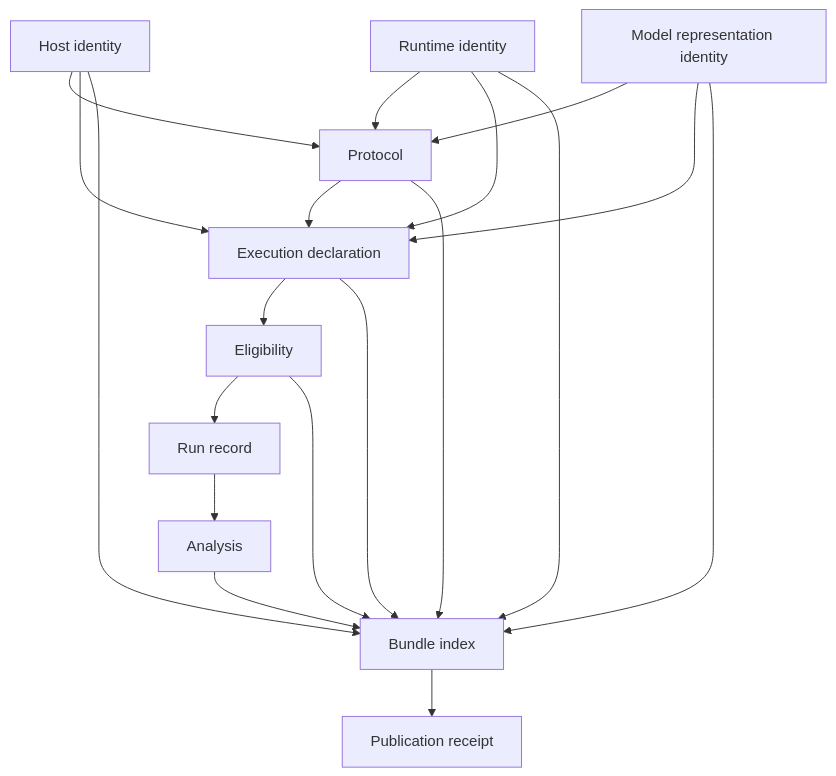
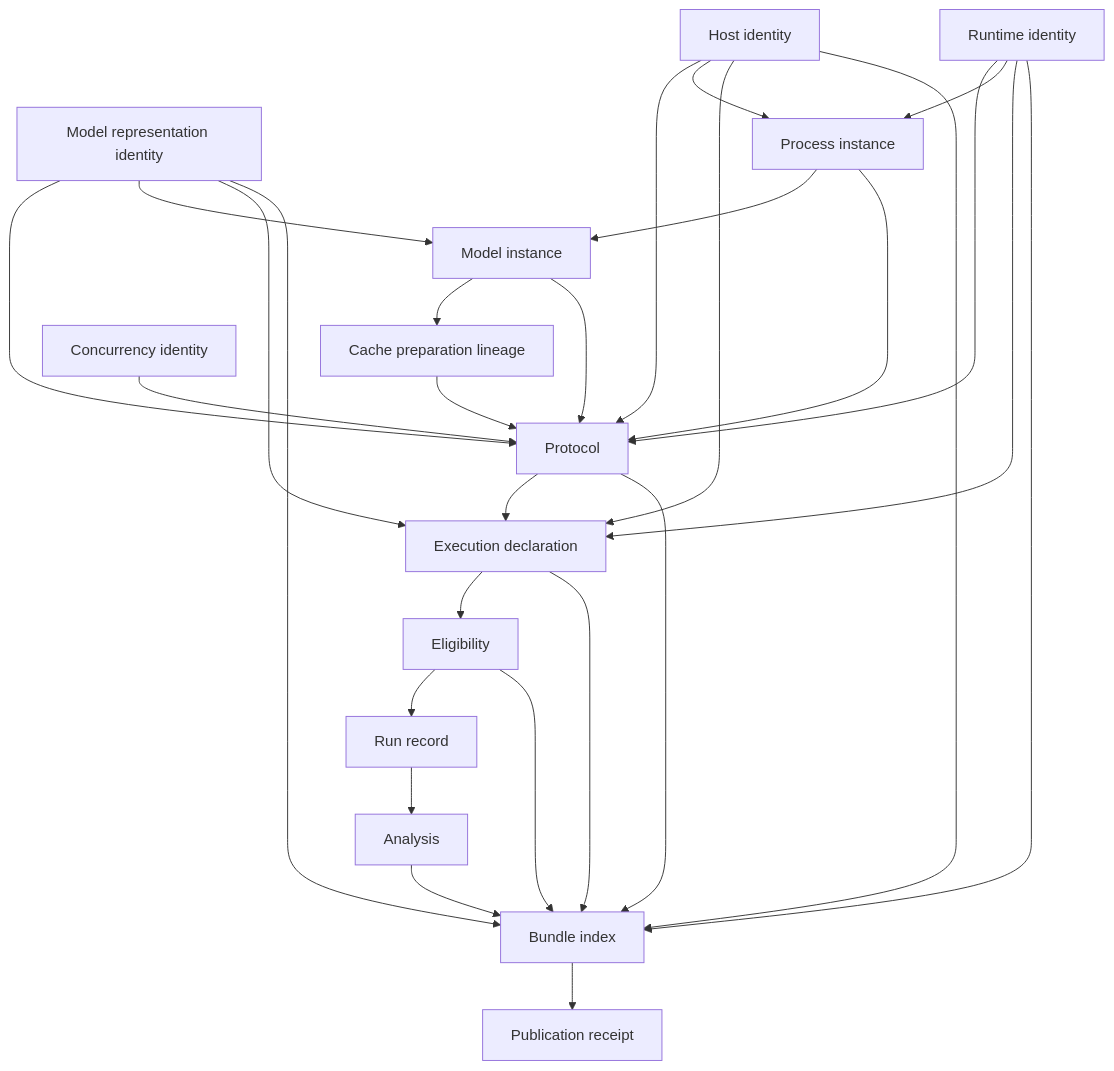
Before and after one commit to Siddhant-K-code/LocalInferenceLab: the diagram in docs/architecture.md, drawn with Mermaid. The commit also changed other lines of this file and 13 other files, not shown here.

````diff
--- a/docs/architecture.md
+++ b/docs/architecture.md
@@ -26,32 +26,45 @@
 ```mermaid
 flowchart TD
     H[Host identity]
     R[Runtime identity]
     M[Model representation identity]
+    X[Process instance]
+    Y[Model instance]
+    K[Cache preparation lineage]
+    Q[Concurrency identity]
     P[Protocol]
     D[Execution declaration]
     E[Eligibility]
     U[Run record]
     A[Analysis]
     B[Bundle index]
     C[Publication receipt]
 
     H --> P
     R --> P
     M --> P
+    R --> X
+    H --> X
+    X --> Y
+    M --> Y
+    Y --> K
+    X --> P
+    Y --> P
+    K --> P
+    Q --> P
     P --> D
     H --> D
     R --> D
     M --> D
     D --> E
     E --> U
     U --> A
     A --> B
     P --> B
     H --> B
     R --> B
     M --> B
     D --> B
     E --> B
     B --> C
 ```
````
